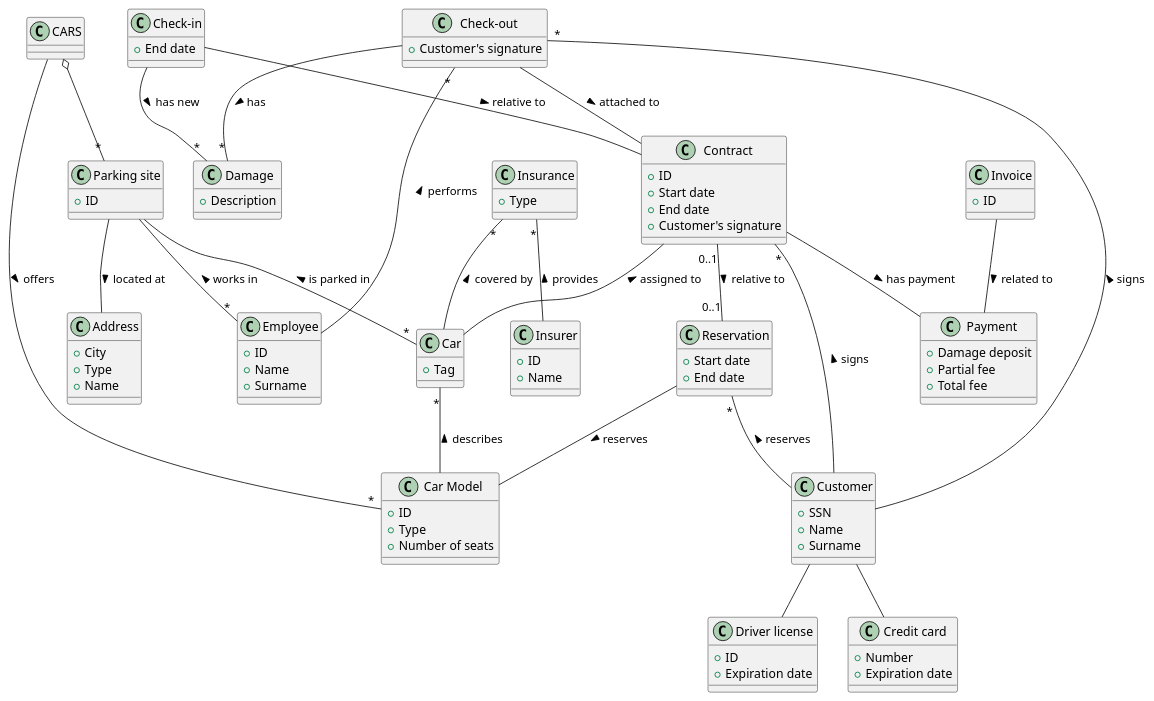
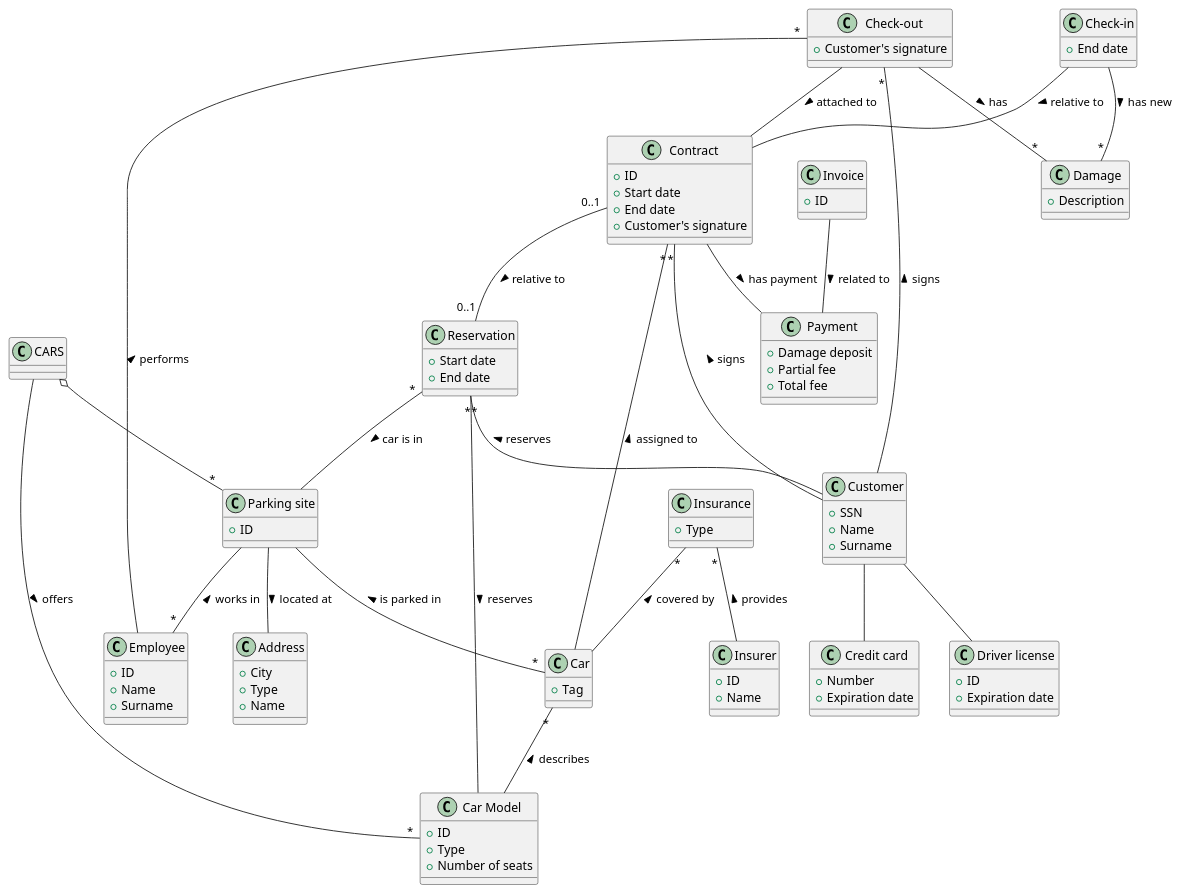
The diagram in car_rental/models/data_as_is.pu (franco-ruggeri/polito-information-systems), drawn with PlantUML before and after one commit. The commit also changed 1 other file, not shown here.

Commit message:
Update data models for car rental
Fix some multiplicities.

```diff
--- a/car_rental/models/data_as_is.pu
+++ b/car_rental/models/data_as_is.pu
@@ -1,94 +1,95 @@
 @startuml
 
 ' CARS company
 class CARS
 class "Parking site" as ParkingSite
 class Address
 class Employee
 class Car
 class "Car Model" as CarModel
 CARS o-- "*" ParkingSite
 CARS -- "*" CarModel : offers >
 ParkingSite -- "*" Car : is parked in <
 ParkingSite -- "*" Employee : works in <
 ParkingSite -- Address : located at >
 Car "*" -- CarModel : describes <
 Car : +Tag
 CarModel : +ID
 CarModel : +Type
 CarModel : +Number of seats
 ParkingSite : +ID
 Address : +City
 Address : +Type
 Address : +Name
 Employee : +ID
 Employee : +Name
 Employee : +Surname
 
 ' Insurances
 class Insurer
 class Insurance
 Insurance "*" -- Insurer : provides <
 Insurance "*" -- Car : covered by <
 Insurer : +ID
 Insurer : +Name
 Insurance : +Type
 
 ' Customer
 class Customer
 class "Driver license" as DriverLicense
 class "Credit card" as CreditCard
 Customer -- DriverLicense
 Customer -- CreditCard
 Customer : +SSN
 Customer : +Name
 Customer : +Surname
 DriverLicense : +ID
 DriverLicense : +Expiration date
 CreditCard : +Number
 CreditCard : +Expiration date
 
 ' Reservation
 class Reservation
 Reservation "*" -- Customer : reserves <
-Reservation -- CarModel : reserves >
+Reservation "*" -- CarModel : reserves >
+Reservation "*" -- ParkingSite : car is in >
 Reservation : +Start date
 Reservation : +End date
 
 ' Check-out - Part 1
 class Contract
 class Payment
 Contract "*" -- Customer : signs <
 Contract "0..1" -- "0..1" Reservation : relative to >
 Contract -- Payment : has payment >
-Contract -- Car : assigned to <
+Contract "*" -- Car : assigned to <
 Contract : +ID
 Contract : +Start date
 Contract : +End date
 Contract : +Customer's signature
 Payment : +Damage deposit
 Payment : +Partial fee
 Payment : +Total fee
 
 ' Check-out - Part 2
 class "Check-out" as Checkout
 class Damage
 Checkout -- Contract : attached to >
 Checkout -- "*" Damage : has >
 Checkout "*" -- Customer : signs <
 Checkout "*" -- Employee : performs <
 Checkout : +Customer's signature
 Damage : +Description
 
 ' Check-in
 class "Check-in" as Checkin
 Checkin -- Contract : relative to >
 Checkin -- "*" Damage : has new >
 Checkin : +End date
 
 ' Invoice
 class Invoice
 Invoice -- Payment : related to >
 Invoice : +ID
 
 @enduml
```
